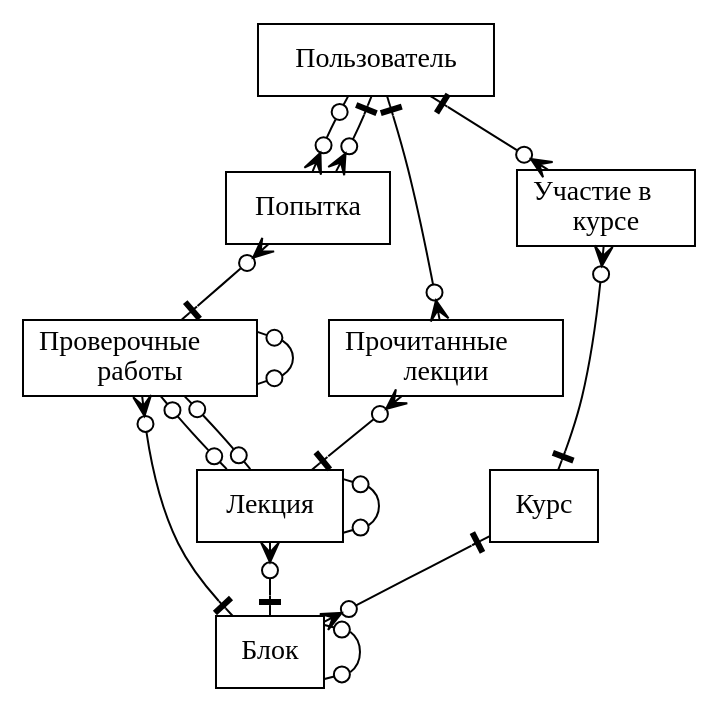
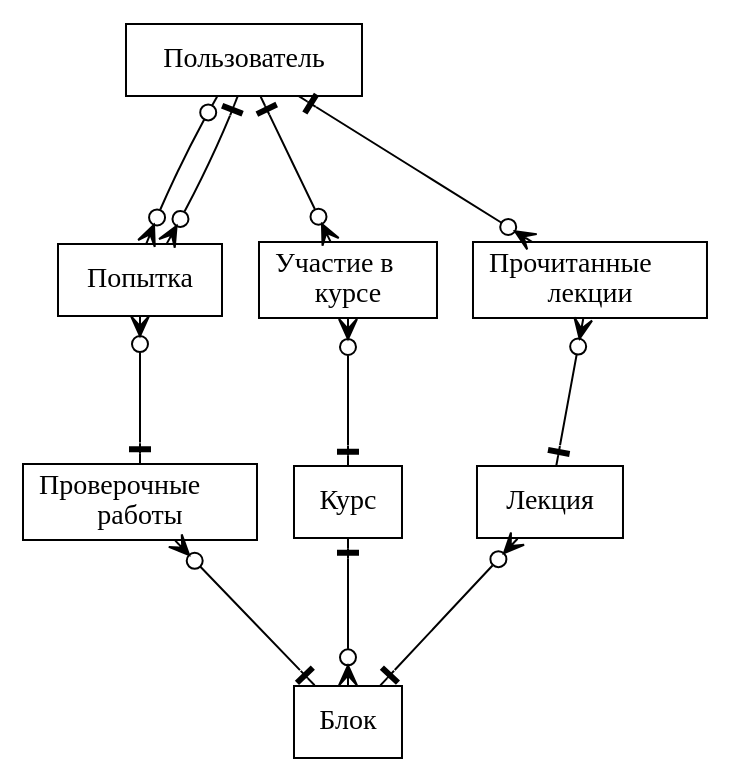
Before and after one commit to AsciiShell/DB_project: the diagram in Text/schemas/RDB.dot, drawn with Graphviz. The commit also changed 2 other files, not shown here.

Commit message:
Revert "Update diagrams"
This reverts commit d2e5c057abbf6bd9bb7b599a0f047df0a7917edb.

```diff
--- a/Text/schemas/RDB.dot
+++ b/Text/schemas/RDB.dot
@@ -1,34 +1,27 @@
 digraph ERD {
-  //ranksep=1;
+  ranksep=1;
 
   User [ label="{<F> Пользователь}" shape = "record" ];
   Course [ label="{<F> Курс}" shape = "record" ];
   Block [ label="{<F> Блок}" shape = "record" ];
   Task [ label="{<F> Проверочные\l работы}" shape = "record" ];
   Solution [ label="{<F> Попытка}" shape = "record" ];
   Lecture [ label="{<F> Лекция}" shape = "record" ];
   CourseEnroll [ label="{<F> Участие&nbsp;в\l курсе}" shape = "record" ];
   LectureReaded [ label="{<F> Прочитанные \l лекции}" shape = "record" ];
  
   User->CourseEnroll [arrowhead = crowodot, arrowtail = noneotee, dir=both];
   User->LectureReaded[arrowhead = crowodot, arrowtail = noneotee, dir=both];
   User->Solution[arrowhead = crowodot, arrowtail = noneodot, dir=both];
   User->Solution[arrowhead = crowodot, arrowtail = noneotee, dir=both];
   
   Solution->Task[arrowhead = noneotee, arrowtail = crowodot, dir=both];
   CourseEnroll->Course [arrowhead = noneotee, arrowtail = crowodot, dir=both];
   LectureReaded->Lecture[arrowhead = noneotee, arrowtail = crowodot, dir=both];
   
   Task->Block[arrowhead = noneotee, arrowtail = crowodot, dir=both];
   Course->Block[arrowhead = crowodot, arrowtail = noneotee, dir=both];
   Lecture->Block[arrowhead = noneotee, arrowtail = crowodot, dir=both];
   
-  // loops
-  
-  Block->Block [arrowhead = noneodot, arrowtail = noneodot, dir=both];
-  Lecture->Lecture [arrowhead = noneodot, arrowtail = noneodot, dir=both];
-  Task->Lecture [arrowhead = noneodot, arrowtail = noneodot, dir=both];
-  Task->Lecture [arrowhead = noneodot, arrowtail = noneodot, dir=both];
-  Task->Task [arrowhead = noneodot, arrowtail = noneodot, dir=both];
-  //{ rank=same; Solution CourseEnroll LectureReaded }
+  { rank=same; Solution CourseEnroll LectureReaded }
 }
```
